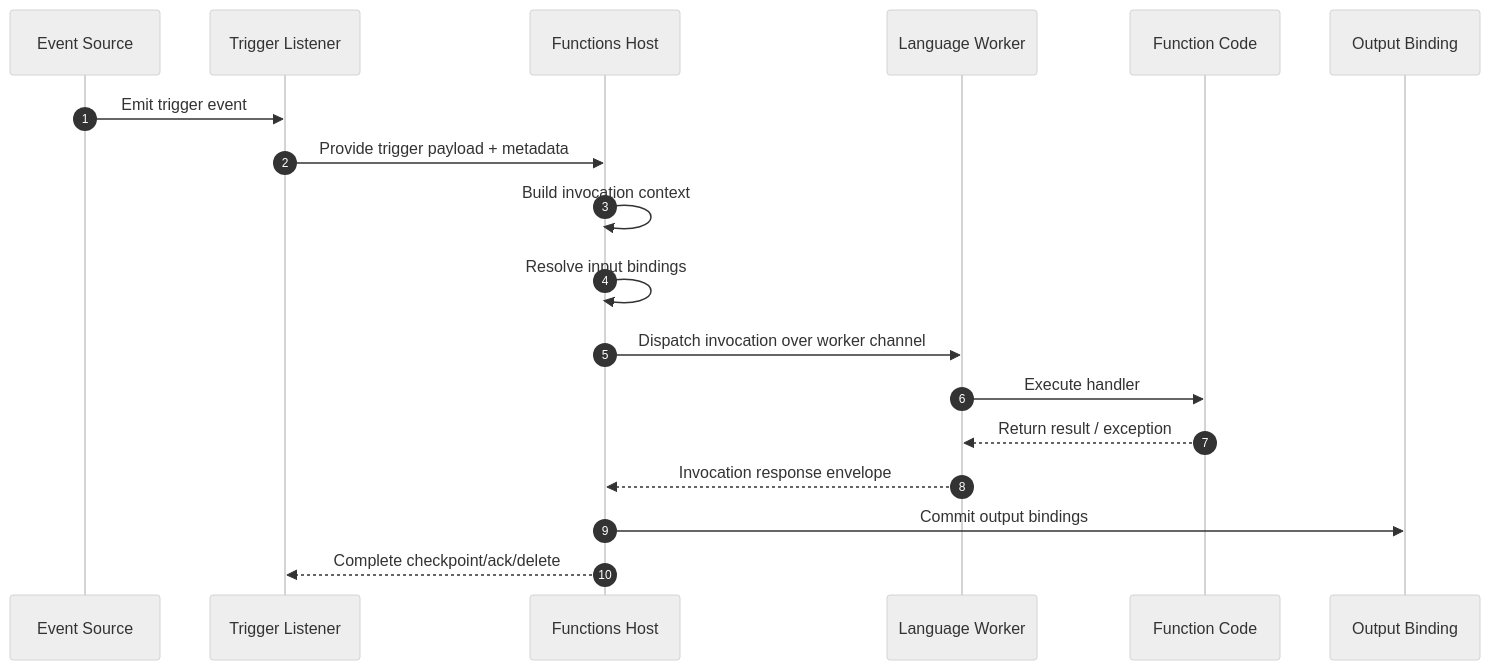
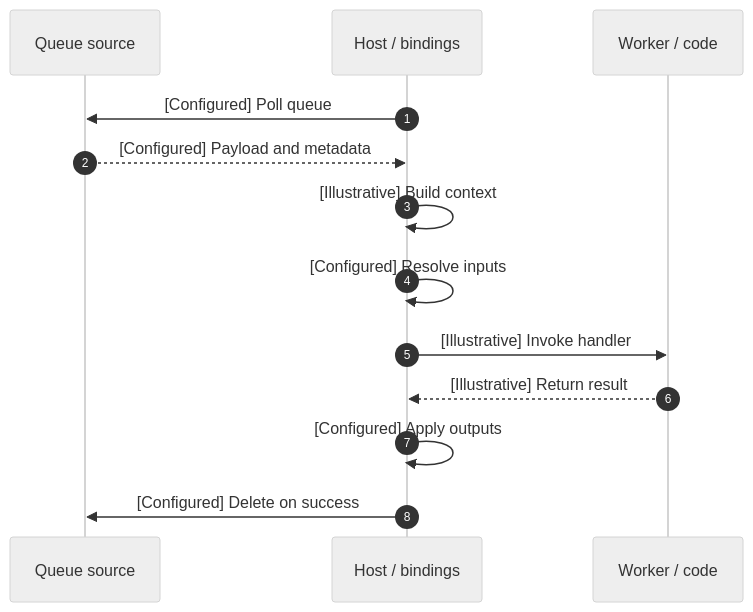
The fourth of 8 diagrams in docs/platform/architecture/index.md (yeongseon/azure-functions-practical-guide), drawn with Mermaid (neutral theme) before and after one commit. The commit also changed other lines of this file and 1 other file, not shown here.

First line of the commit message:
docs(diagrams): migrate host architecture to typed Mermaid

````diff
--- a/docs/platform/architecture/index.md
+++ b/docs/platform/architecture/index.md
@@ -268,21 +300,17 @@
 ```mermaid
 sequenceDiagram
+    accTitle: How do the host and worker complete an invocation?
+    accDescr: Illustrative successful queue invocation with a host-owned listener and bindings and a separate worker executing function code. Messages show logical order, not RPC envelopes or universal trigger acknowledgement rules.
     autonumber
-    participant ES as Event Source
-    participant TL as Trigger Listener
-    participant FH as Functions Host
-    participant LW as Language Worker
-    participant FN as Function Code
-    participant OB as Output Binding
-
-    ES->>TL: Emit trigger event
-    TL->>FH: Provide trigger payload + metadata
-    FH->>FH: Build invocation context
-    FH->>FH: Resolve input bindings
-    FH->>LW: Dispatch invocation over worker channel
-    LW->>FN: Execute handler
-    FN-->>LW: Return result / exception
-    LW-->>FH: Invocation response envelope
-    FH->>OB: Commit output bindings
-    FH-->>TL: Complete checkpoint/ack/delete
+    participant client as Queue source
+    participant app_runtime as Host / bindings
+    participant language_worker as Worker / code
+    app_runtime->>client: [Configured] Poll queue
+    client-->>app_runtime: [Configured] Payload and metadata
+    app_runtime->>app_runtime: [Illustrative] Build context
+    app_runtime->>app_runtime: [Configured] Resolve inputs
+    app_runtime->>language_worker: [Illustrative] Invoke handler
+    language_worker-->>app_runtime: [Illustrative] Return result
+    app_runtime->>app_runtime: [Configured] Apply outputs
+    app_runtime->>client: [Configured] Delete on success
 ```
````
